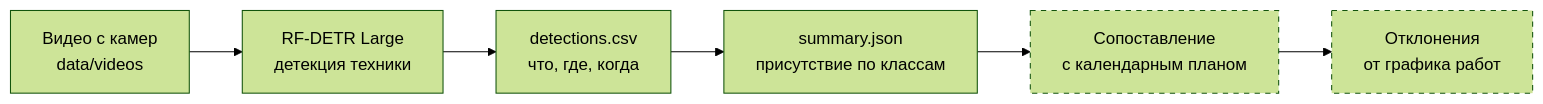
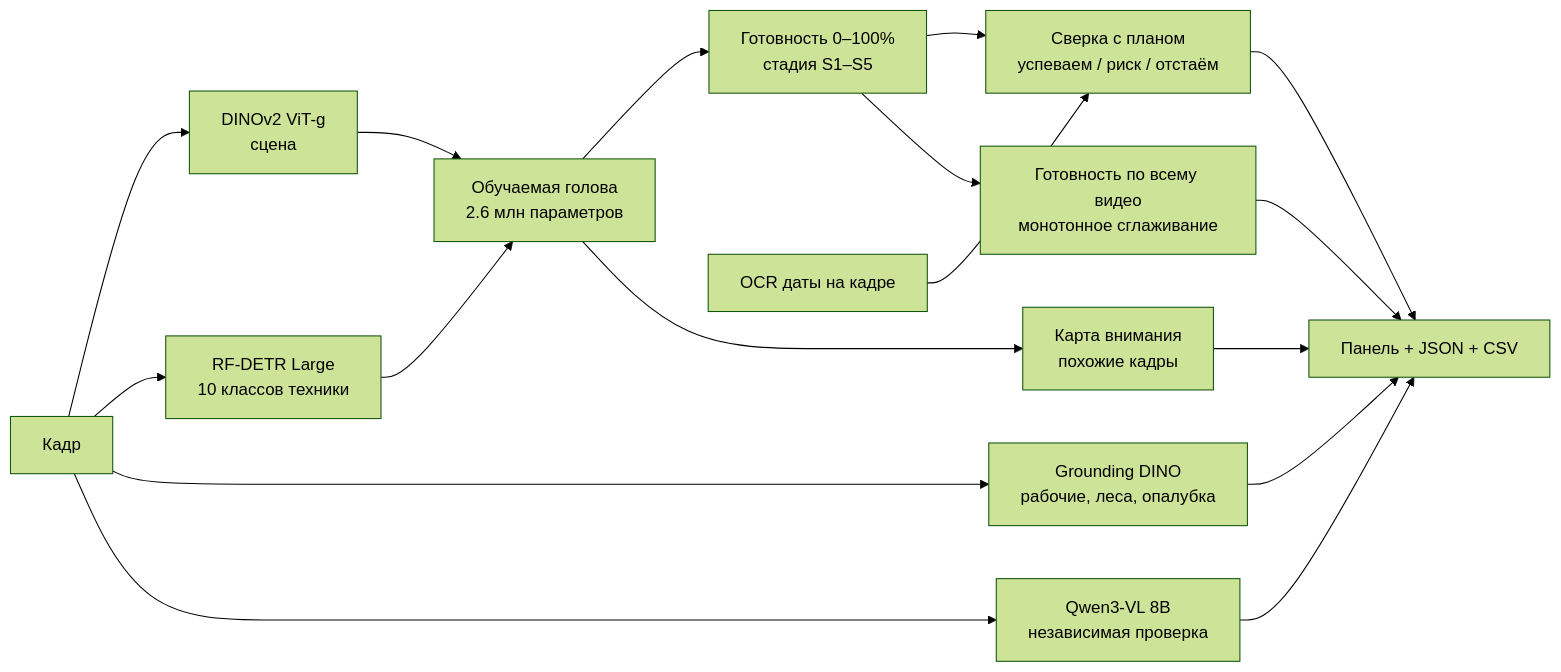
The diagram in README.md (Antonoof/Intelligent-construction-site-monitoring-system), drawn with Mermaid (forest theme) before and after one commit. The commit also changed other lines of this file and 74 other files, not shown here.

````diff
--- a/README.md
+++ b/README.md
@@ -17,10 +15,19 @@
 ```mermaid
 flowchart LR
-    A[Видео с камер<br/>data/videos] --> B[RF-DETR Large<br/>детекция техники]
-    B --> C[detections.csv<br/>что, где, когда]
-    C --> D[summary.json<br/>присутствие по классам]
-    D --> E[Сопоставление<br/>с календарным планом]
-    E --> F[Отклонения<br/>от графика работ]
-    style E stroke-dasharray: 5 5
-    style F stroke-dasharray: 5 5
+    F[Кадр] --> D[DINOv2 ViT-g<br/>сцена]
+    F --> R[RF-DETR Large<br/>10 классов техники]
+    D --> H[Обучаемая голова<br/>2.6 млн параметров]
+    R --> H
+    H --> P[Готовность 0–100%<br/>стадия S1–S5]
+    P --> C[Сверка с планом<br/>успеваем / риск / отстаём]
+    P --> M[Готовность по всему видео<br/>монотонное сглаживание]
+    O[OCR даты на кадре] --> C
+    H --> A[Карта внимания<br/>похожие кадры]
+    F --> G[Grounding DINO<br/>рабочие, леса, опалубка]
+    F --> Q[Qwen3-VL 8B<br/>независимая проверка]
+    C --> OUT[Панель + JSON + CSV]
+    A --> OUT
+    G --> OUT
+    Q --> OUT
+    M --> OUT
 ```
````
